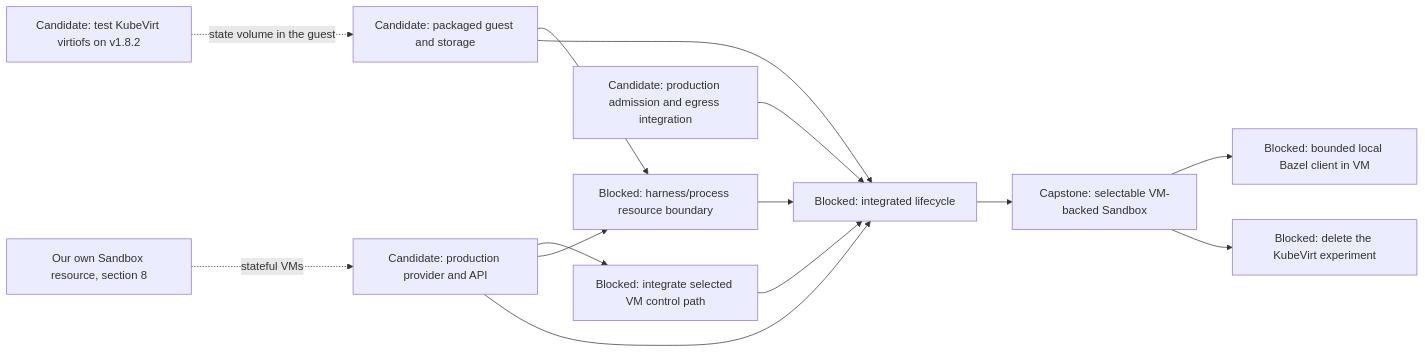
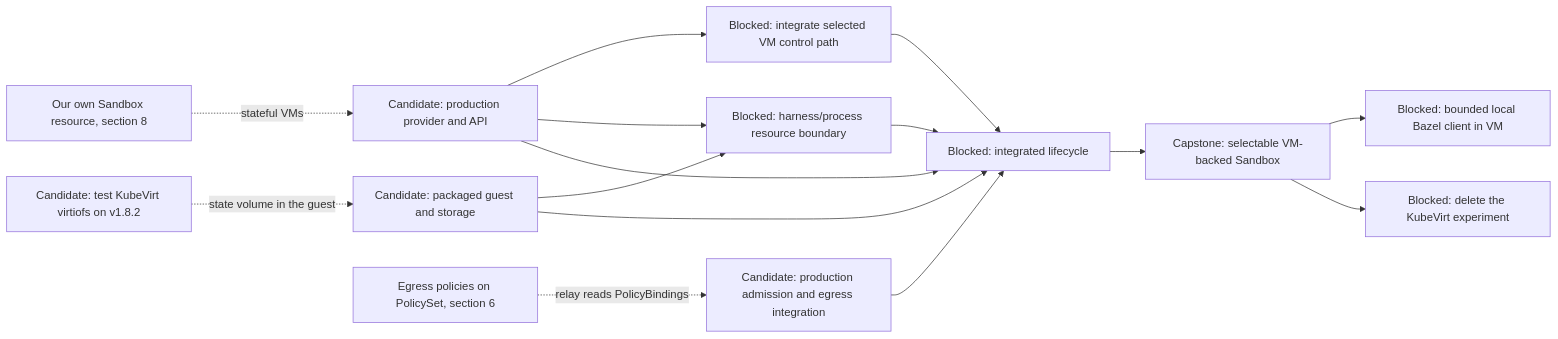
Before and after one commit to agentydragon-agent/ducktape: the sixth of 14 diagrams in agentplane/plans/task_dag.md, drawn with Mermaid. The commit also changed other lines of this file, not shown here.

````diff
--- a/agentplane/plans/task_dag.md
+++ b/agentplane/plans/task_dag.md
@@ -333,24 +335,26 @@
 ```mermaid
 flowchart LR
     VM_CONTROL_NETWORKING[Blocked: integrate selected VM control path]
     VM_IMAGE[Candidate: packaged guest and storage]
     VM_PROVIDER[Candidate: production provider and API]
     VM_VIRTIOFS[Candidate: test KubeVirt virtiofs on v1.8.2]
     AGENTPLANE_SANDBOX_RESOURCE[Our own Sandbox resource, section 8]
     VM_EGRESS[Candidate: production admission and egress integration]
+    EGRESS_POLICY_MIGRATE[Egress policies on PolicySet, section 6]
+    EGRESS_POLICY_MIGRATE -. relay reads PolicyBindings .-> VM_EGRESS
     VM_PROCESS_ISOLATION[Blocked: harness/process resource boundary]
     VM_LIFECYCLE[Blocked: integrated lifecycle]
     VM_PROVIDER --> VM_CONTROL_NETWORKING
     AGENTPLANE_SANDBOX_RESOURCE -. stateful VMs .-> VM_PROVIDER
     VM_VIRTIOFS -. state volume in the guest .-> VM_IMAGE
     VM_CONTROL_NETWORKING --> VM_LIFECYCLE
     VM_IMAGE --> VM_PROCESS_ISOLATION
     VM_PROVIDER --> VM_PROCESS_ISOLATION
     VM_IMAGE --> VM_LIFECYCLE
     VM_PROVIDER --> VM_LIFECYCLE
     VM_EGRESS --> VM_LIFECYCLE
     VM_PROCESS_ISOLATION --> VM_LIFECYCLE
     VM_LIFECYCLE --> SANDBOX_VM_ISOLATION[Capstone: selectable VM-backed Sandbox]
     SANDBOX_VM_ISOLATION --> LOCAL_BAZEL[Blocked: bounded local Bazel client in VM]
     SANDBOX_VM_ISOLATION --> KUBEVIRT_EXPERIMENT_RETIRE[Blocked: delete the KubeVirt experiment]
 ```
````
